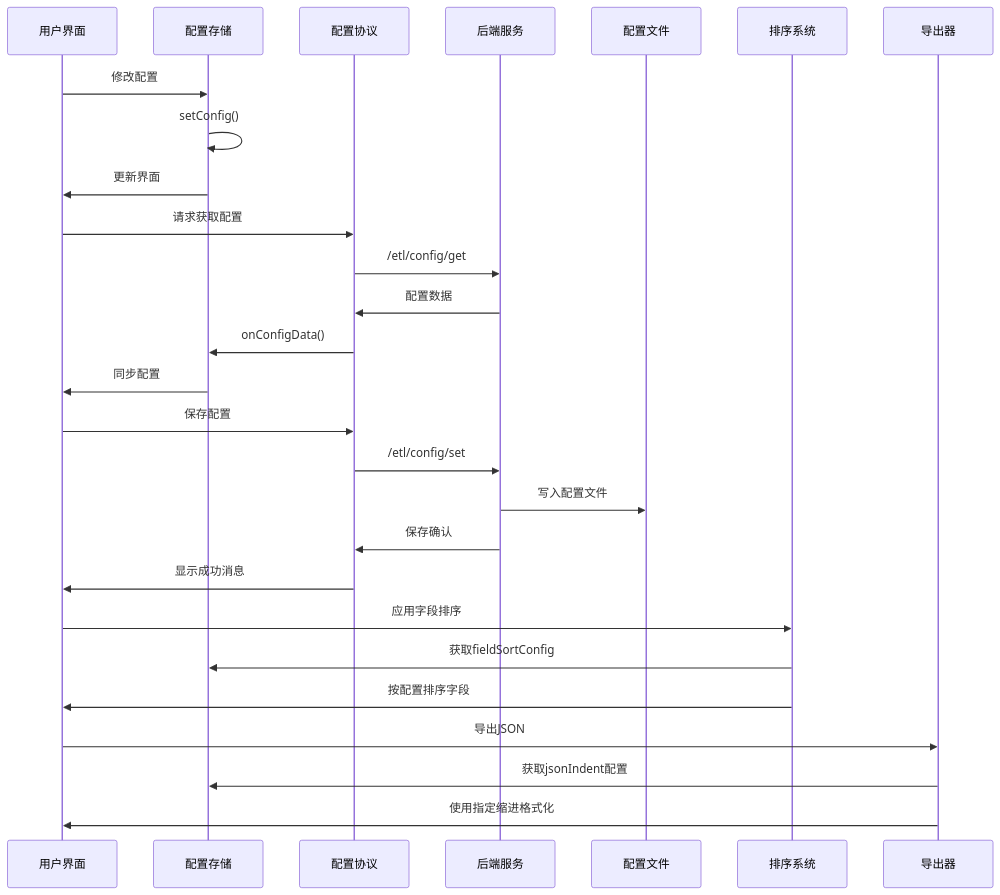
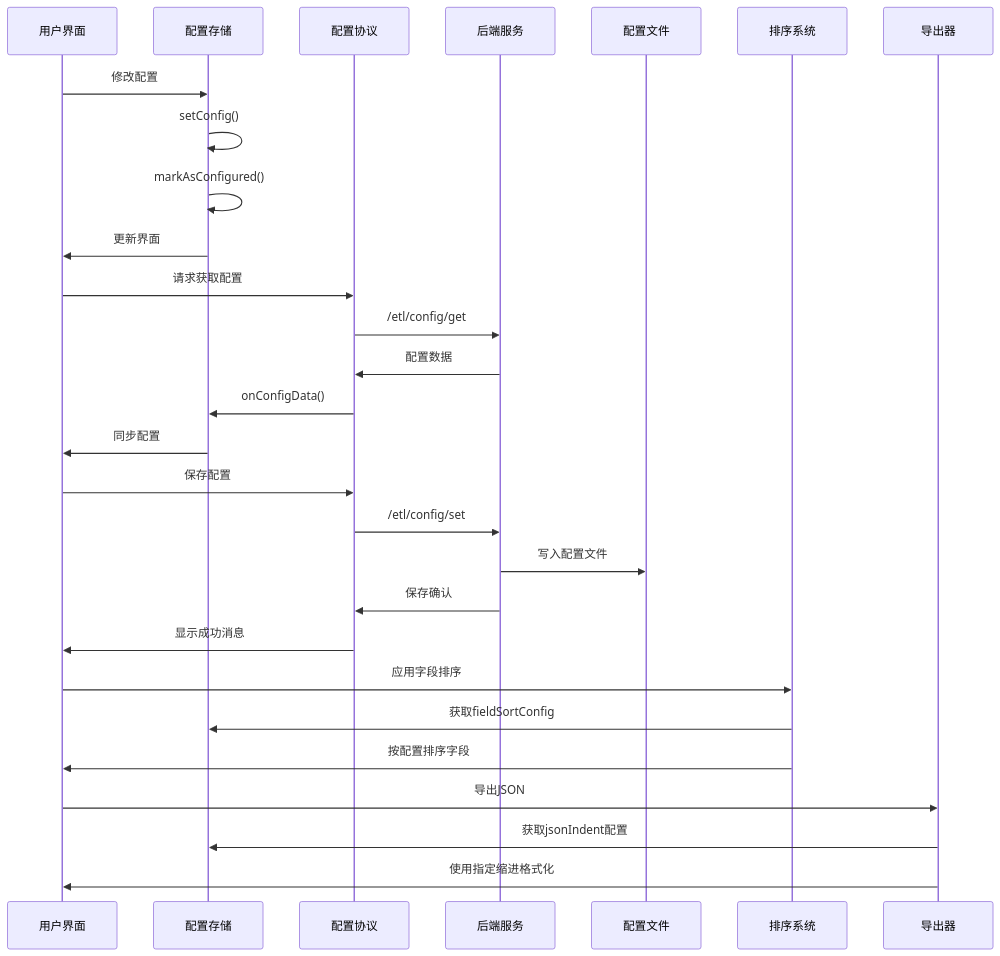
Before and after one commit to kqcoxn/MaaPipelineEditor: the third of 20 diagrams in .qoder/repowiki/zh/content/Config Store/Config Store.md, drawn with Mermaid. The commit also changed other lines of this file and 50 other files, not shown here.

````diff
--- a/.qoder/repowiki/zh/content/Config Store/Config Store.md
+++ b/.qoder/repowiki/zh/content/Config Store/Config Store.md
@@ -192,29 +218,30 @@
 ```mermaid
 sequenceDiagram
 participant UI as 用户界面
 participant Store as 配置存储
 participant Protocol as 配置协议
 participant Backend as 后端服务
 participant File as 配置文件
 participant SortSystem as 排序系统
 participant Exporter as 导出器
 UI->>Store : 修改配置
 Store->>Store : setConfig()
+Store->>Store : markAsConfigured()
 Store->>UI : 更新界面
 UI->>Protocol : 请求获取配置
 Protocol->>Backend : /etl/config/get
 Backend->>Protocol : 配置数据
 Protocol->>Store : onConfigData()
 Store->>UI : 同步配置
 UI->>Protocol : 保存配置
 Protocol->>Backend : /etl/config/set
 Backend->>File : 写入配置文件
 Backend->>Protocol : 保存确认
 Protocol->>UI : 显示成功消息
 UI->>SortSystem : 应用字段排序
 SortSystem->>Store : 获取fieldSortConfig
 SortSystem->>UI : 按配置排序字段
 UI->>Exporter : 导出JSON
 Exporter->>Store : 获取jsonIndent配置
 Exporter->>UI : 使用指定缩进格式化
 ```
````
